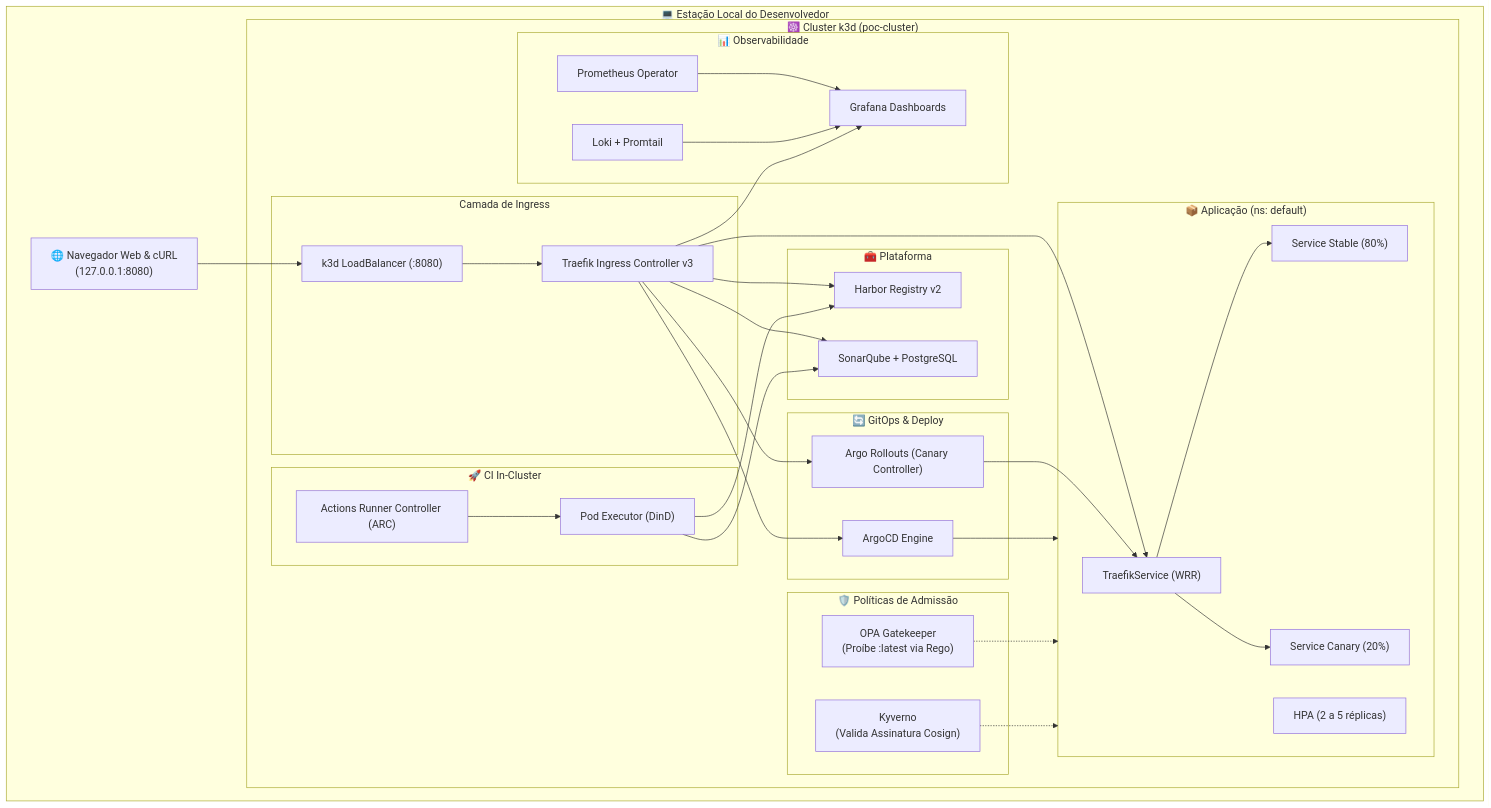
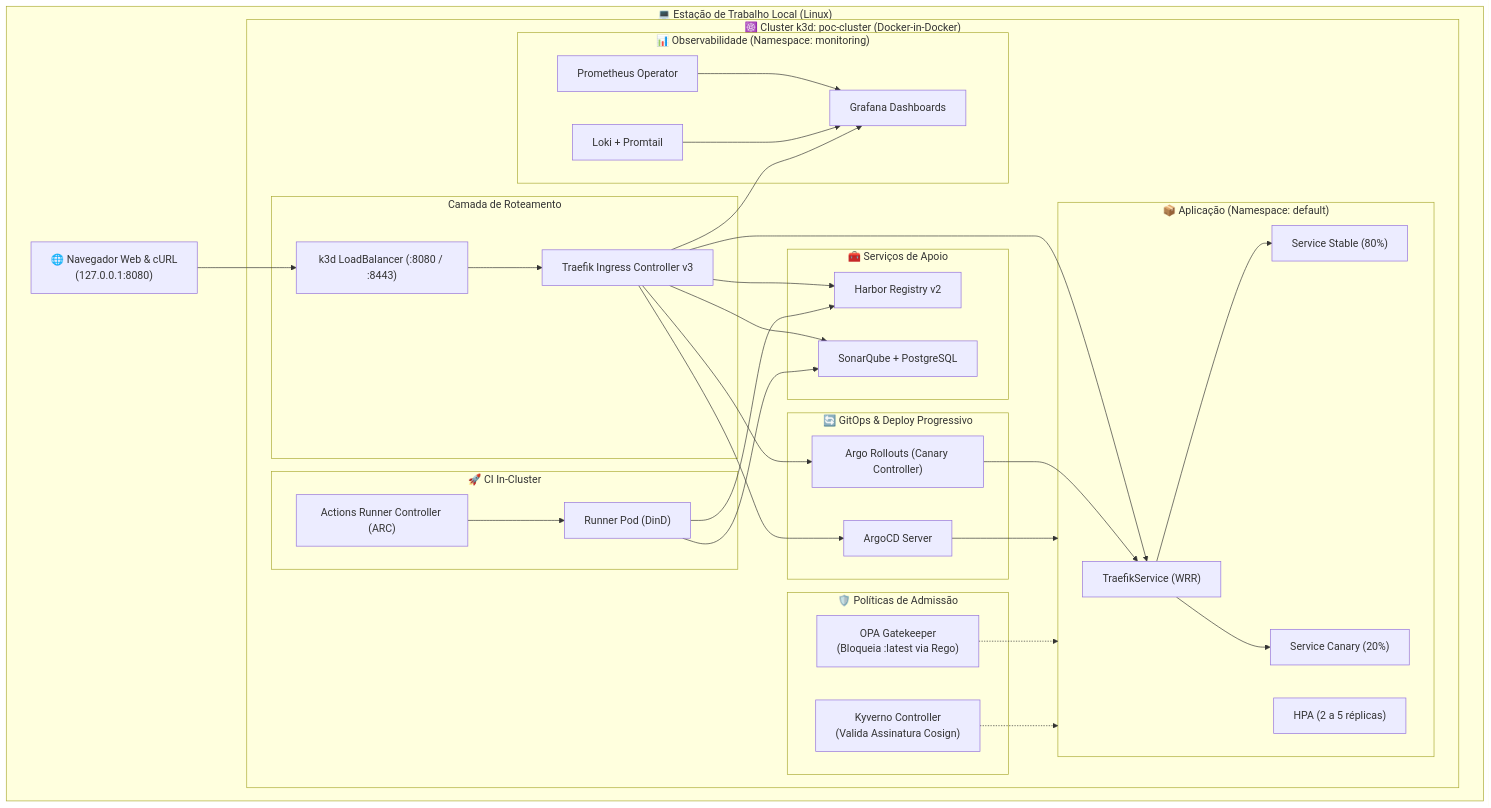
One commit to azevedogustavo/DevOps_local_concept changed the diagram in README.md. Above: the diagram before and after it, drawn with Mermaid. The commit also changed other lines of this file and 8 other files, not shown here.

````diff
--- a/README.md
+++ b/README.md
@@ -38,69 +38,69 @@
 ```mermaid
 flowchart TB
-    subgraph HOST["💻 Estação Local do Desenvolvedor"]
+    subgraph HOST["💻 Estação de Trabalho Local (Linux)"]
         BROWSER["🌐 Navegador Web & cURL<br/>(127.0.0.1:8080)"]
 
-        subgraph K3D["☸️ Cluster k3d (poc-cluster)"]
+        subgraph K3D["☸️ Cluster k3d: poc-cluster (Docker-in-Docker)"]
             
-            subgraph INGRESS["Camada de Ingress"]
-                LB["k3d LoadBalancer (:8080)"]
+            subgraph INGRESS["Camada de Roteamento"]
+                LB["k3d LoadBalancer (:8080 / :8443)"]
                 TRAEFIK["Traefik Ingress Controller v3"]
                 LB --> TRAEFIK
             end
 
             subgraph SEC["🛡️ Políticas de Admissão"]
-                OPA["OPA Gatekeeper<br/>(Proíbe :latest via Rego)"]
-                KYV["Kyverno<br/>(Valida Assinatura Cosign)"]
+                OPA["OPA Gatekeeper<br/>(Bloqueia :latest via Rego)"]
+                KYV["Kyverno Controller<br/>(Valida Assinatura Cosign)"]
             end
 
-            subgraph GITOPS["🔄 GitOps & Deploy"]
-                ARGO["ArgoCD Engine"]
+            subgraph GITOPS["🔄 GitOps & Deploy Progressivo"]
+                ARGO["ArgoCD Server"]
                 ROLLOUT["Argo Rollouts (Canary Controller)"]
             end
 
             subgraph CI["🚀 CI In-Cluster"]
                 ARC["Actions Runner Controller (ARC)"]
-                RUNNER["Pod Executor (DinD)"]
+                RUNNER["Runner Pod (DinD)"]
                 ARC --> RUNNER
             end
 
-            subgraph SERVICES["🧰 Plataforma"]
+            subgraph SERVICES["🧰 Serviços de Apoio"]
                 HARBOR["Harbor Registry v2"]
                 SONAR["SonarQube + PostgreSQL"]
             end
 
-            subgraph APP["📦 Aplicação (ns: default)"]
+            subgraph APP["📦 Aplicação (Namespace: default)"]
                 WRR["TraefikService (WRR)"]
                 STABLE["Service Stable (80%)"]
                 CANARY["Service Canary (20%)"]
                 HPA["HPA (2 a 5 réplicas)"]
                 WRR --> STABLE
                 WRR --> CANARY
             end
 
-            subgraph SRE["📊 Observabilidade"]
+            subgraph SRE["📊 Observabilidade (Namespace: monitoring)"]
                 PROM["Prometheus Operator"]
                 GRAF["Grafana Dashboards"]
                 LOKI["Loki + Promtail"]
                 PROM --> GRAF
                 LOKI --> GRAF
             end
 
         end
     end
 
     BROWSER --> LB
     TRAEFIK --> WRR
     TRAEFIK --> ARGO
     TRAEFIK --> HARBOR
     TRAEFIK --> SONAR
     TRAEFIK --> GRAF
     TRAEFIK --> ROLLOUT
 
     RUNNER --> SONAR
     RUNNER --> HARBOR
     ARGO --> APP
     ROLLOUT --> WRR
     OPA -.-> APP
     KYV -.-> APP
 ```
````
